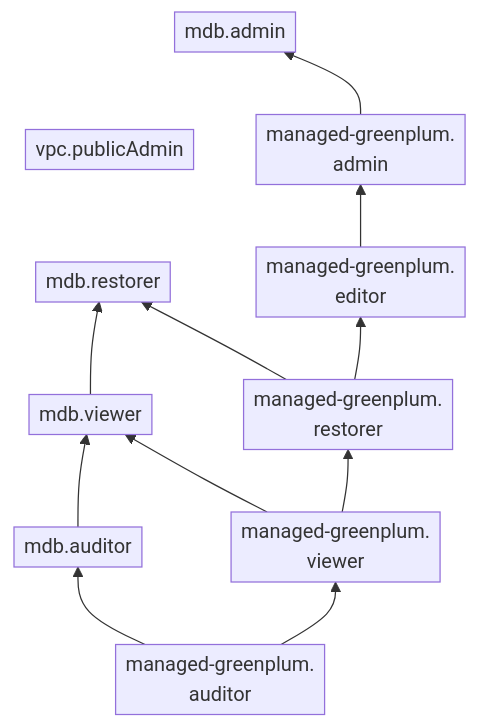
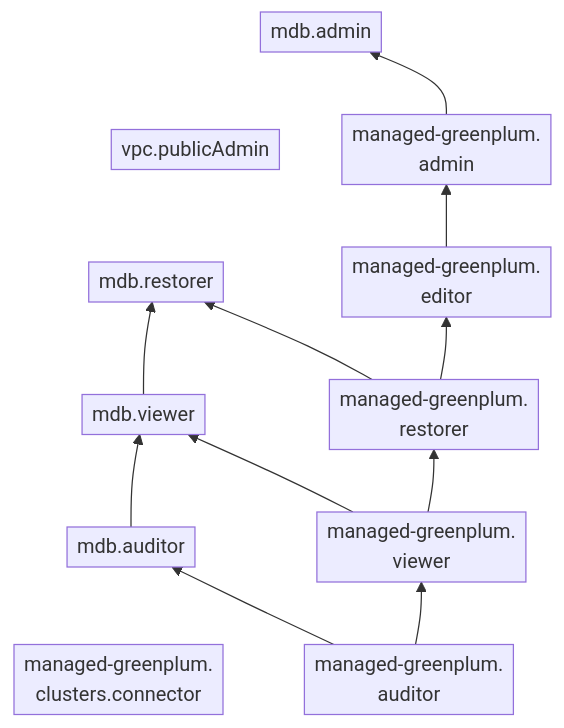
One commit to yandex-cloud/docs changed the diagram in ru/_mermaid/roles/managed-greenplum.md. Above: the diagram before and after it, drawn with Mermaid. The commit also changed 3721 other files, not shown here.

````diff
--- a/ru/_mermaid/roles/managed-greenplum.md
+++ b/ru/_mermaid/roles/managed-greenplum.md
@@ -1,20 +1,22 @@
 ```mermaid
 %%{init: { "flowchart": { "padding": 4 } } }%%
 flowchart BT
+    managed-greenplum.clusters.connector["`managed-greenplum.
+    clusters.connector`"] ~~~ mdb.auditor
     vpc.publicAdmin ~~~ mdb.admin
     mdb.auditor --> mdb.viewer
     mdb.viewer --> mdb.restorer   
     managed-greenplum.auditor["`managed-greenplum.
     auditor`"] --> mdb.auditor
     managed-greenplum.viewer["`managed-greenplum.
     viewer`"] --> mdb.viewer
     managed-greenplum.restorer["`managed-greenplum.
     restorer`"] --> mdb.restorer
     managed-greenplum.admin["`managed-greenplum.
     admin`"] --> mdb.admin
     managed-greenplum.auditor --> managed-greenplum.viewer
     managed-greenplum.viewer --> managed-greenplum.restorer
     managed-greenplum.editor["`managed-greenplum.
     editor`"] --> managed-greenplum.admin
     managed-greenplum.restorer --> managed-greenplum.editor
 ```
````
